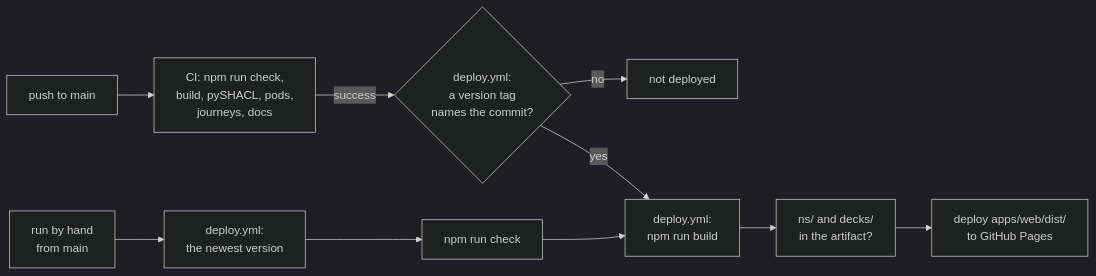
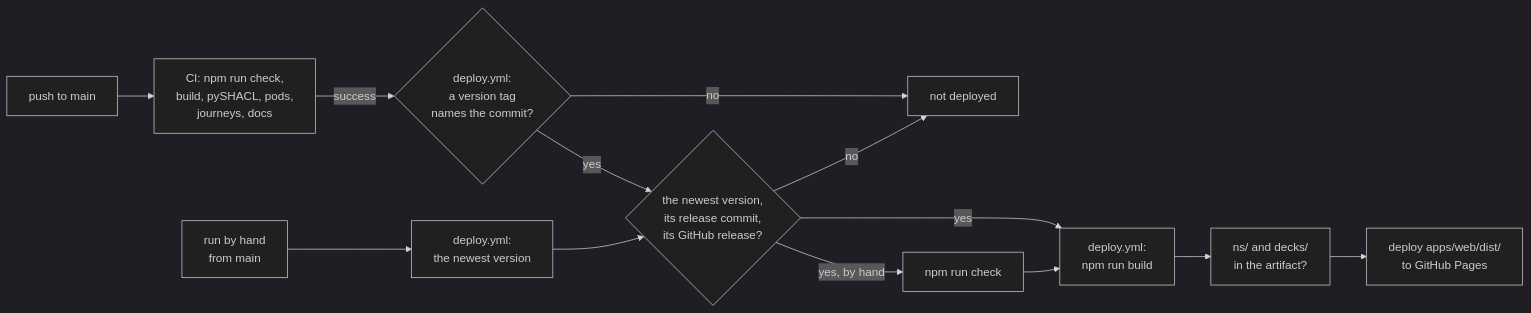
One commit to solid-memo/website changed the diagram in docs/deployment.md. Above: the diagram before and after it, drawn with Mermaid (dark theme). The commit also changed other lines of this file and 3 other files, not shown here.

First line of the commit message:
ci: deploy only the newest release, from its release commit

````diff
--- a/docs/deployment.md
+++ b/docs/deployment.md
@@ -16,7 +17,10 @@
 ```mermaid
 flowchart LR
     push["push to main"] --> ci["CI: npm run check,<br/>build, pySHACL, pods,<br/>journeys, docs"] -->|success| tag{"deploy.yml:<br/>a version tag<br/>names the commit?"}
     tag -->|no| skip["not deployed"]
-    tag -->|yes| build["deploy.yml:<br/>npm run build"] --> guard["ns/ and decks/<br/>in the artifact?"] --> pages["deploy apps/web/dist/<br/>to GitHub Pages"]
-    hand["run by hand<br/>from main"] --> newest["deploy.yml:<br/>the newest version"] --> check["npm run check"] --> build
+    tag -->|yes| release{"the newest version,<br/>its release commit,<br/>its GitHub release?"}
+    release -->|no| skip
+    release -->|yes| build["deploy.yml:<br/>npm run build"] --> guard["ns/ and decks/<br/>in the artifact?"] --> pages["deploy apps/web/dist/<br/>to GitHub Pages"]
+    hand["run by hand<br/>from main"] --> newest["deploy.yml:<br/>the newest version"] --> release
+    release -->|"yes, by hand"| check["npm run check"] --> build
 ```
````
